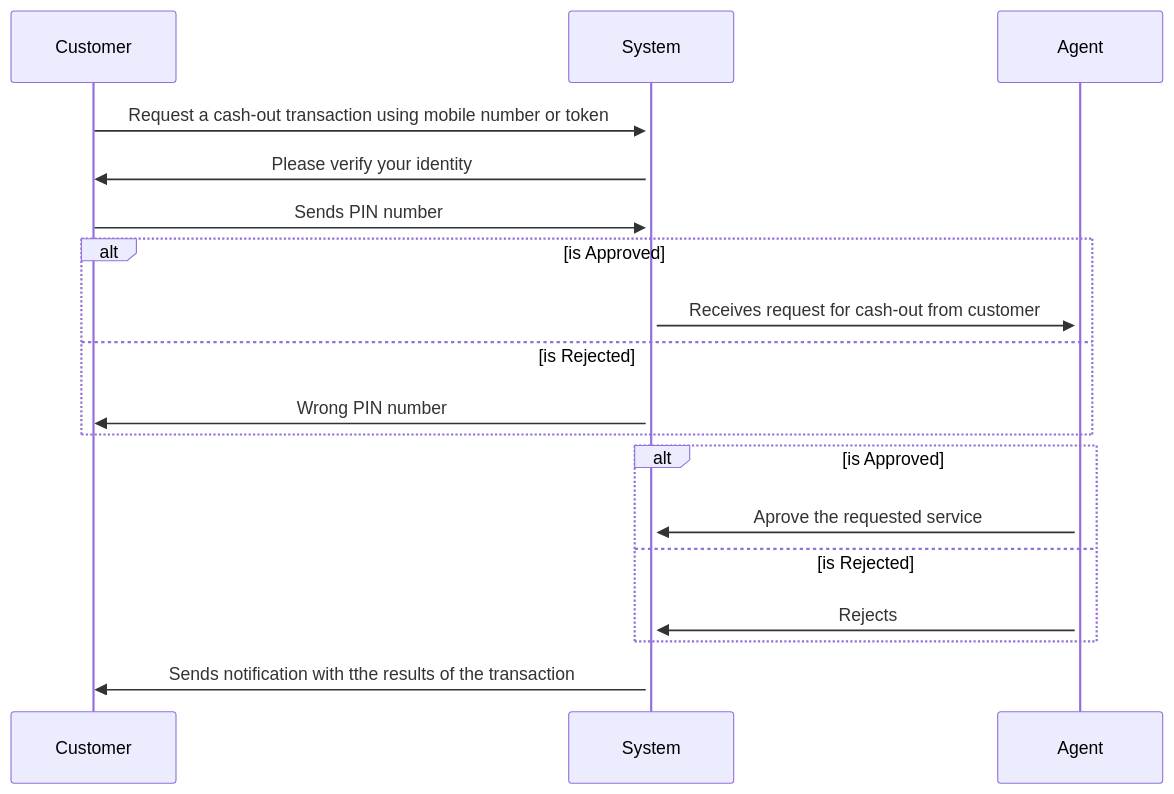
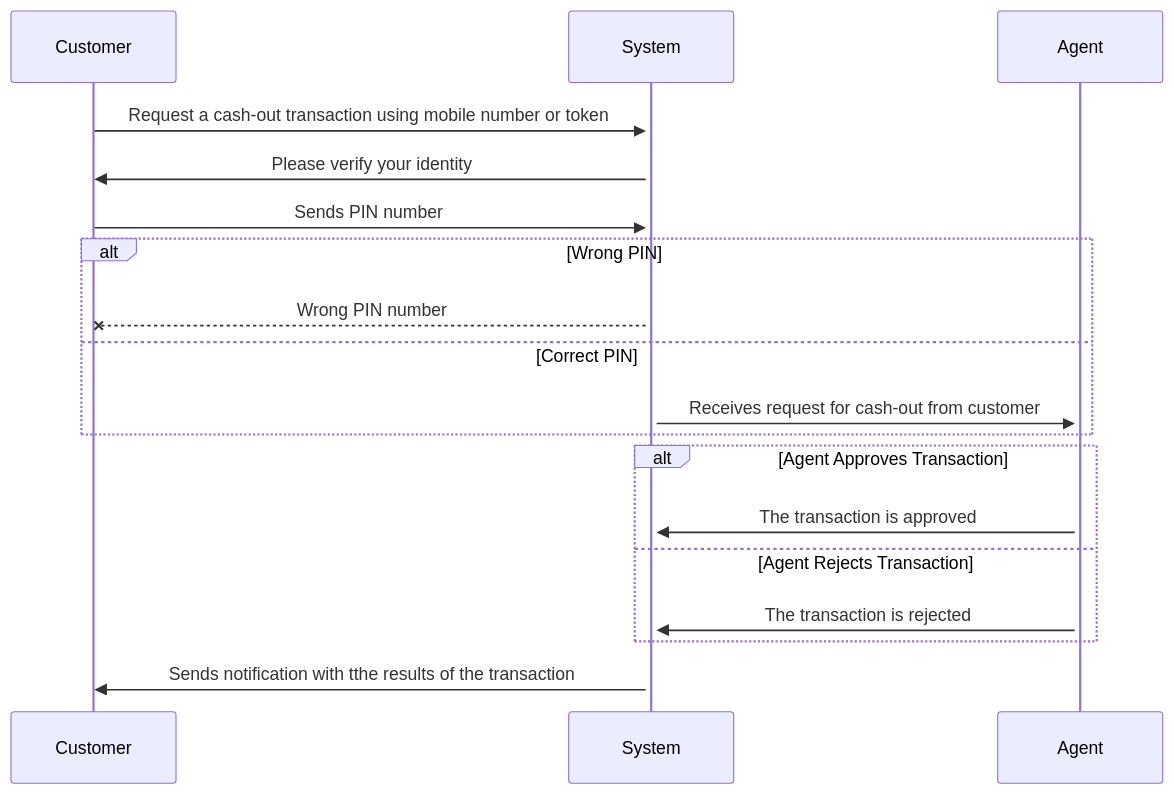
The fifth of 8 diagrams in docs/usecases/scenarios.md (gsmainclusivetechlab/token-docs), drawn with Mermaid before and after one commit. The commit also changed other lines of this file and 14 other files, not shown here.

````diff
--- a/docs/usecases/scenarios.md
+++ b/docs/usecases/scenarios.md
@@ -131,17 +131,17 @@
 ```mermaid
 sequenceDiagram
     Customer->>+System: Request a cash-out transaction using mobile number or token
     System->>Customer: Please verify your identity
     Customer->>System: Sends PIN number
-    alt is Approved
+    alt Wrong PIN
+        System--xCustomer: Wrong PIN number 
+    else Correct PIN
         System->>+Agent: Receives request for cash-out from customer
-    else is Rejected
-        System->>Customer: Wrong PIN number 
     end
-    alt is Approved
-        Agent->>System: Aprove the requested service
-    else is Rejected
-        Agent->>System: Rejects
+    alt Agent Approves Transaction
+        Agent->>System: The transaction is approved
+    else Agent Rejects Transaction
+        Agent->>System: The transaction is rejected 
     end
     System->>Customer: Sends notification with tthe results of the transaction
 ```
````
